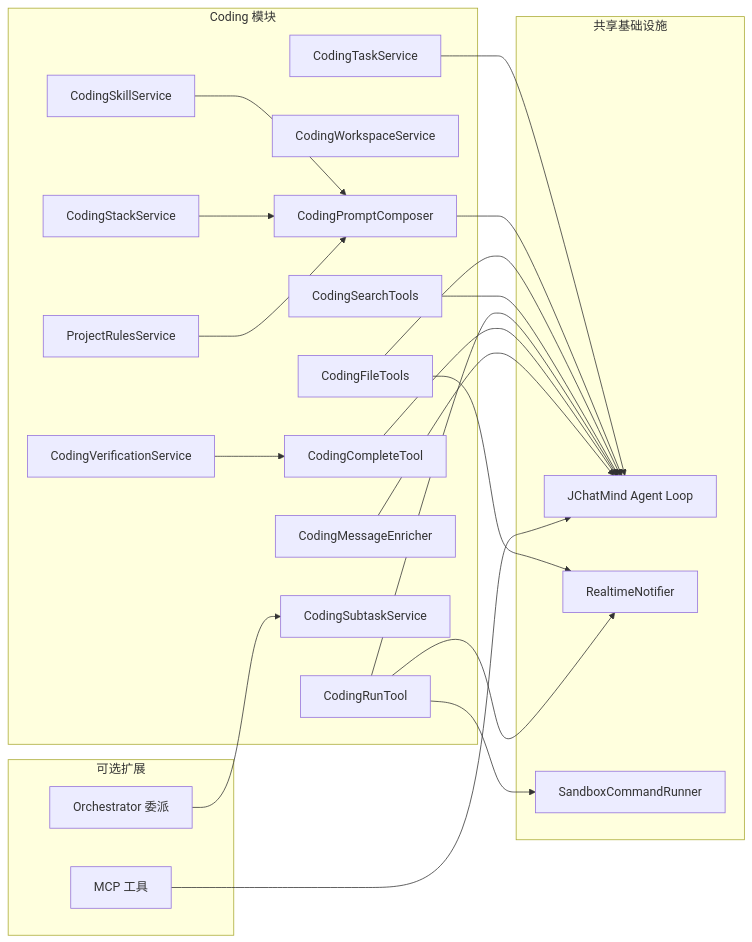
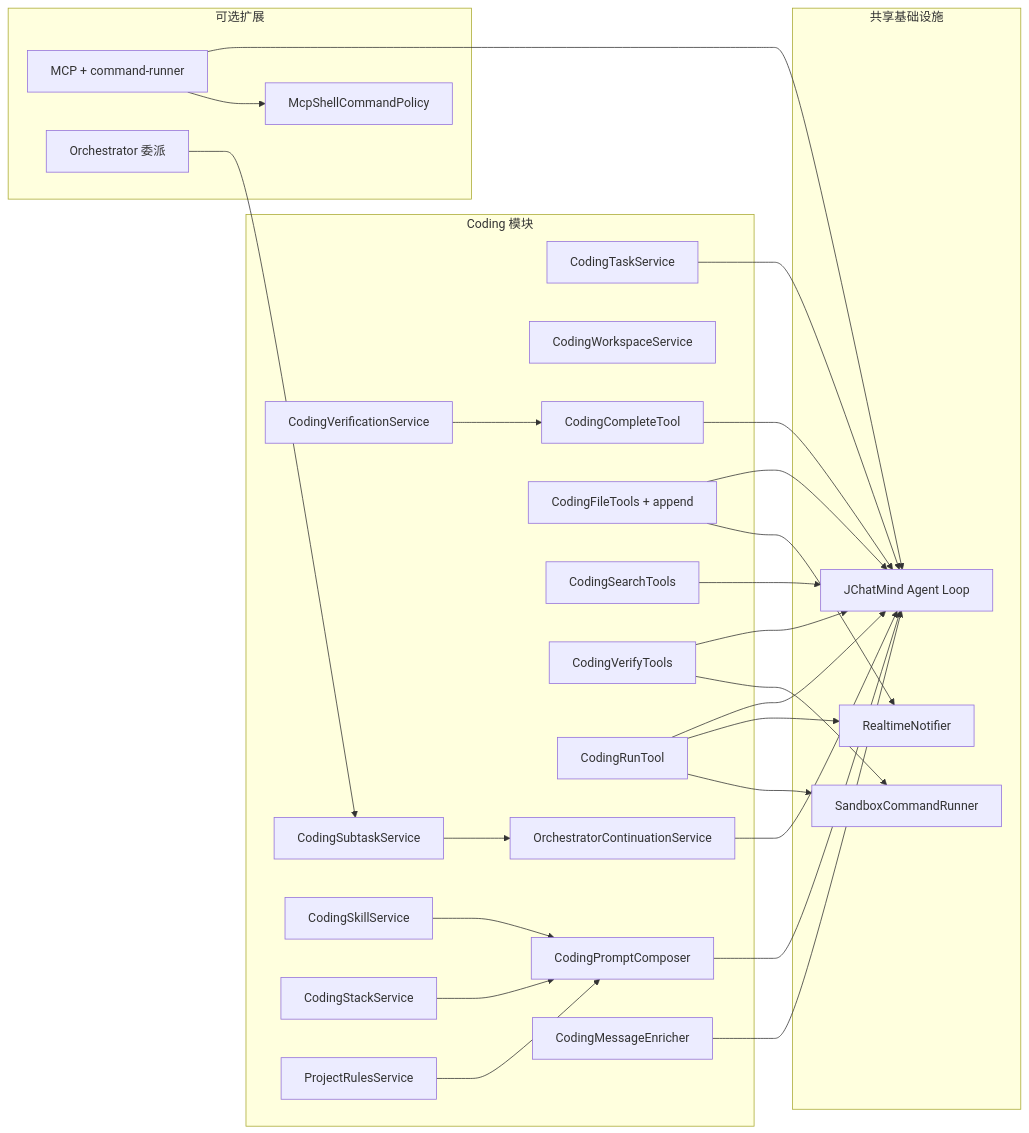
The first of 4 diagrams in JChatMind/jchatmind/src/main/out/Phase3_架构设计.md (spectralfan/-claude-agent-), drawn with Mermaid before and after one commit. The commit also changed other lines of this file and 55 other files, not shown here.

````diff
--- a/JChatMind/jchatmind/src/main/out/Phase3_架构设计.md
+++ b/JChatMind/jchatmind/src/main/out/Phase3_架构设计.md
@@ -23,46 +23,54 @@
 ```mermaid
 flowchart LR
   subgraph InScope["Coding 模块"]
     Task[CodingTaskService]
     WS[CodingWorkspaceService]
     Composer[CodingPromptComposer]
-    FileTools[CodingFileTools]
+    FileTools[CodingFileTools + append]
     SearchTools[CodingSearchTools]
+    VerifyTools[CodingVerifyTools]
     Maven[CodingRunTool]
     Complete[CodingCompleteTool]
     Verify[CodingVerificationService]
     Subtask[CodingSubtaskService]
+    OrchCont[OrchestratorContinuationService]
     Skill[CodingSkillService]
     Stack[CodingStackService]
     Rules[ProjectRulesService]
     Enrich[CodingMessageEnricher]
   end
 
   subgraph Shared["共享基础设施"]
     Agent[JChatMind Agent Loop]
     Notifier[RealtimeNotifier]
     Sandbox[SandboxCommandRunner]
   end
 
   subgraph Optional["可选扩展"]
-    MCP[MCP 工具]
+    MCP[MCP + command-runner]
+    Policy[McpShellCommandPolicy]
     Orch[Orchestrator 委派]
   end
 
   Task --> Agent
   Composer --> Agent
   FileTools --> Agent
   SearchTools --> Agent
+  VerifyTools --> Agent
   Maven --> Agent
   Complete --> Agent
   Skill --> Composer
   Stack --> Composer
   Rules --> Composer
   Enrich --> Agent
   FileTools --> Notifier
   Maven --> Notifier
   MCP --> Agent
   Orch --> Subtask
+  OrchCont --> Agent
+  Subtask --> OrchCont
   Maven --> Sandbox
+  VerifyTools --> Sandbox
+  MCP --> Policy
   Verify --> Complete
 ```
````
